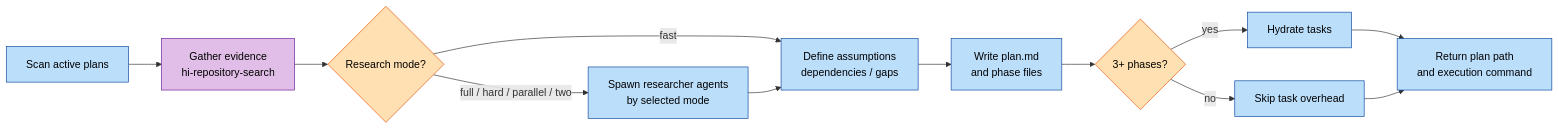
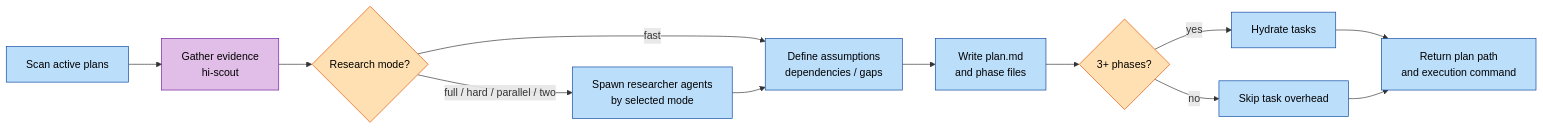
Before and after one commit to baka3k/dev-kit: the third of 10 diagrams in devkit.md, drawn with Mermaid. The commit also changed other lines of this file and 62 other files, not shown here.

````diff
--- a/devkit.md
+++ b/devkit.md
@@ -149,23 +147,23 @@
 ```mermaid
 graph LR
-    A["Scan active plans"] --> B["Gather evidence<br/>hi-repository-search"]
+    A["Scan active plans"] --> B["Gather evidence<br/>hi-scout"]
     B --> R{"Research mode?"}
     R -->|fast| C["Define assumptions<br/>dependencies / gaps"]
     R -->|full / hard / parallel / two| S["Spawn researcher agents<br/>by selected mode"]
     S --> C
     C --> D["Write plan.md<br/>and phase files"]
     D --> E{"3+ phases?"}
     E -->|yes| F["Hydrate tasks"]
     E -->|no| G["Skip task overhead"]
     F --> H["Return plan path<br/>and execution command"]
     G --> H
 
     classDef step fill:#bbdefb,stroke:#0d47a1,color:#000
     classDef evidence fill:#e1bee7,stroke:#6a1b9a,color:#000
     classDef delegated fill:#bbdefb,stroke:#0d47a1,color:#000
     classDef gate fill:#ffe0b2,stroke:#e65100,color:#000
     class A,C,D,F,G,H step
     class B evidence
     class S delegated
     class R,E gate
 ```
````
